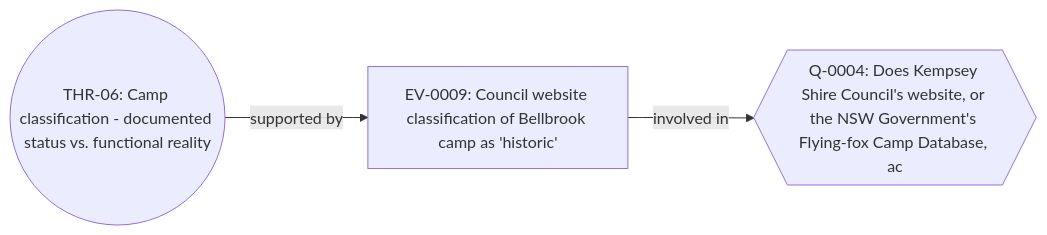
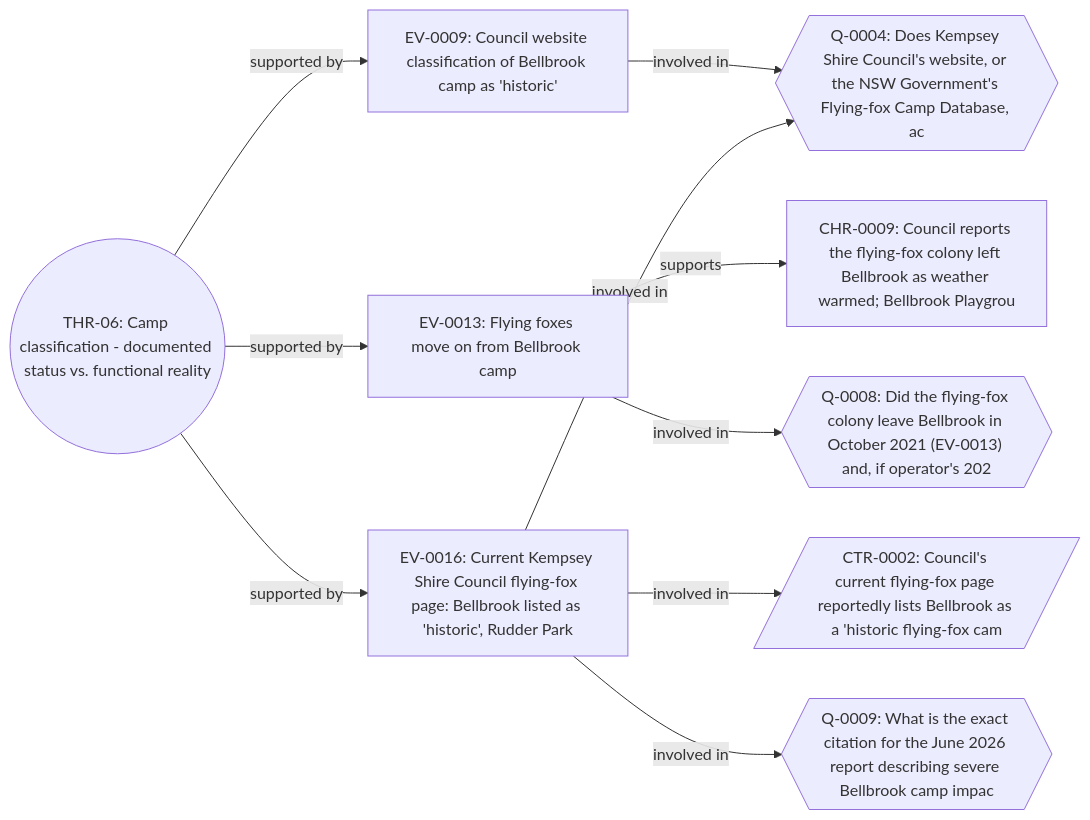
Before and after one commit to mayhem82/mayhem-investigations: diagram 34 of 49 in docs/RELATIONSHIP_MAP.md, drawn with Mermaid. The commit also changed other lines of this file, not shown here.

````diff
--- a/docs/RELATIONSHIP_MAP.md
+++ b/docs/RELATIONSHIP_MAP.md
@@ -953,8 +978,21 @@
 ```mermaid
 flowchart LR
   DFAPTI_BB_FF_2026_00001_THRD_THR_06(("THR-06: Camp classification - documented status vs. functional reality"))
   DFAPTI_BB_FF_2026_00001_EVID_EV_0009["EV-0009: Council website classification of Bellbrook camp as 'historic'"]
+  DFAPTI_BB_FF_2026_00001_EVID_EV_0013["EV-0013: Flying foxes move on from Bellbrook camp"]
+  DFAPTI_BB_FF_2026_00001_EVID_EV_0016["EV-0016: Current Kempsey Shire Council flying-fox page: Bellbrook listed as 'historic', Rudder Park"]
   DFAPTI_BB_FF_2026_00001_QUES_Q_0004{{"Q-0004: Does Kempsey Shire Council's website, or the NSW Government's Flying-fox Camp Database, ac"}}
+  DFAPTI_BB_FF_2026_00001_CHRO_CHR_0009["CHR-0009: Council reports the flying-fox colony left Bellbrook as weather warmed; Bellbrook Playgrou"]
+  DFAPTI_BB_FF_2026_00001_QUES_Q_0008{{"Q-0008: Did the flying-fox colony leave Bellbrook in October 2021 (EV-0013) and, if operator's 202"}}
+  DFAPTI_BB_FF_2026_00001_CTRD_CTR_0002[/"CTR-0002: Council's current flying-fox page reportedly lists Bellbrook as a 'historic flying-fox cam"/]
+  DFAPTI_BB_FF_2026_00001_QUES_Q_0009{{"Q-0009: What is the exact citation for the June 2026 report describing severe Bellbrook camp impac"}}
   DFAPTI_BB_FF_2026_00001_THRD_THR_06 -- "supported by" --> DFAPTI_BB_FF_2026_00001_EVID_EV_0009
+  DFAPTI_BB_FF_2026_00001_THRD_THR_06 -- "supported by" --> DFAPTI_BB_FF_2026_00001_EVID_EV_0013
+  DFAPTI_BB_FF_2026_00001_THRD_THR_06 -- "supported by" --> DFAPTI_BB_FF_2026_00001_EVID_EV_0016
   DFAPTI_BB_FF_2026_00001_EVID_EV_0009 -- "involved in" --> DFAPTI_BB_FF_2026_00001_QUES_Q_0004
+  DFAPTI_BB_FF_2026_00001_EVID_EV_0013 -- "supports" --> DFAPTI_BB_FF_2026_00001_CHRO_CHR_0009
+  DFAPTI_BB_FF_2026_00001_EVID_EV_0013 -- "involved in" --> DFAPTI_BB_FF_2026_00001_QUES_Q_0008
+  DFAPTI_BB_FF_2026_00001_EVID_EV_0016 -- "involved in" --> DFAPTI_BB_FF_2026_00001_CTRD_CTR_0002
+  DFAPTI_BB_FF_2026_00001_EVID_EV_0016 -- "involved in" --> DFAPTI_BB_FF_2026_00001_QUES_Q_0004
+  DFAPTI_BB_FF_2026_00001_EVID_EV_0016 -- "involved in" --> DFAPTI_BB_FF_2026_00001_QUES_Q_0009
 ```
````
